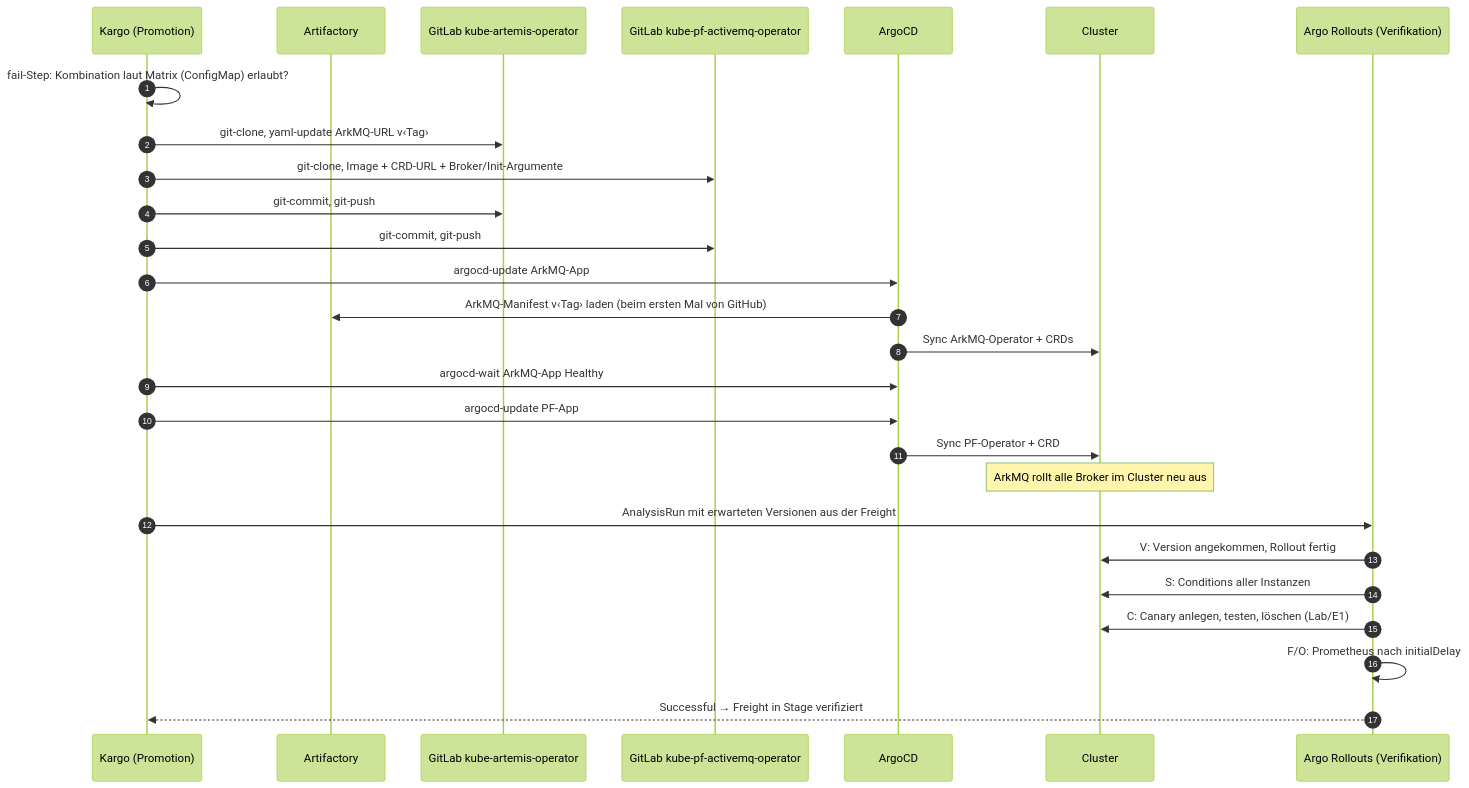
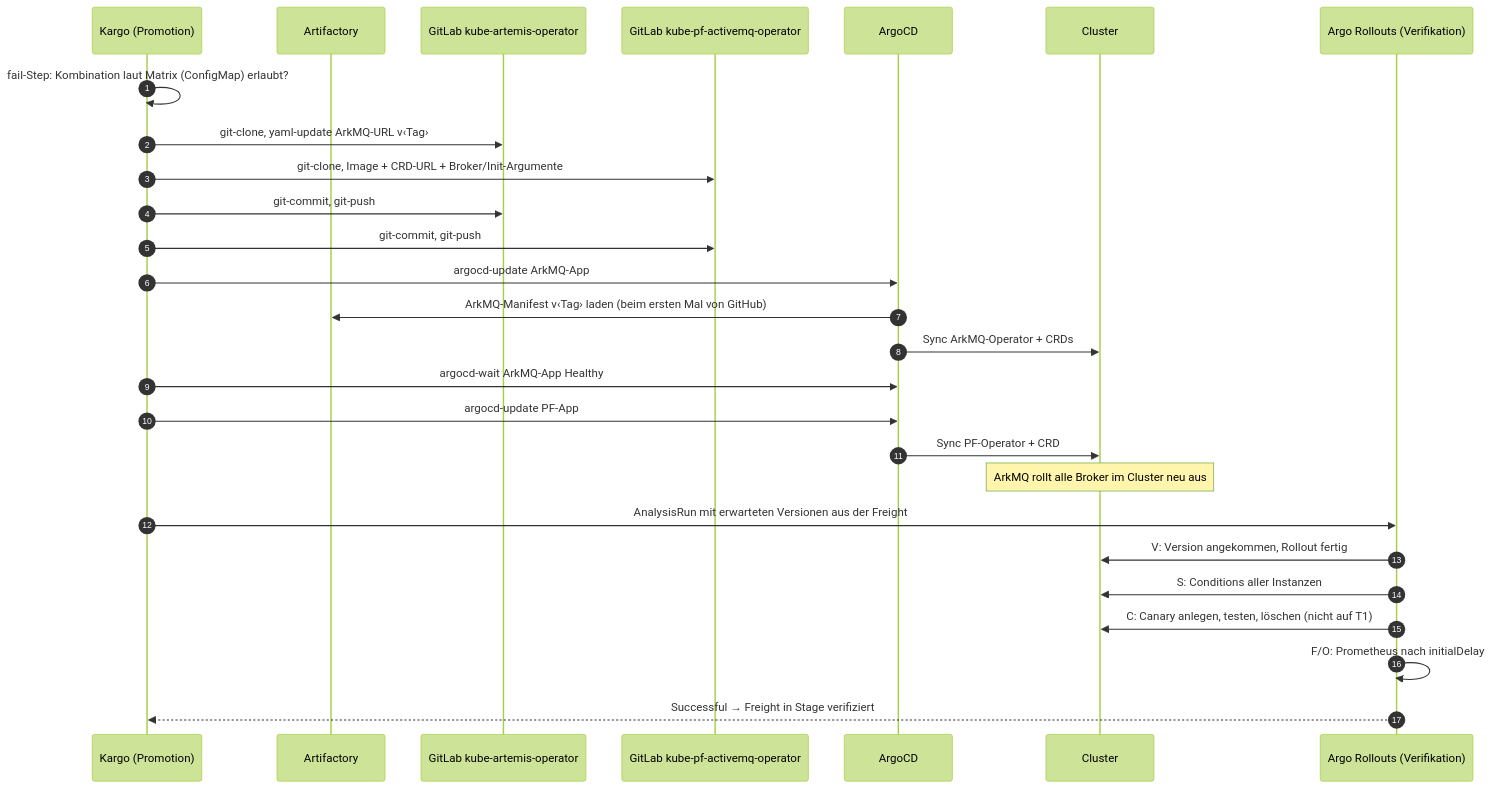
The fifth of 5 diagrams in VERSIONEN.md (eliboost/mqp-ipa), drawn with Mermaid (forest theme) before and after one commit. The commit also changed other lines of this file and 4 other files, not shown here.

````diff
--- a/VERSIONEN.md
+++ b/VERSIONEN.md
@@ -410,30 +416,30 @@
 ```mermaid
 sequenceDiagram
   autonumber
   participant K as Kargo (Promotion)
   participant AF as Artifactory
   participant G1 as GitLab kube-artemis-operator
   participant G2 as GitLab kube-pf-activemq-operator
   participant A as ArgoCD
   participant C as Cluster
   participant R as Argo Rollouts (Verifikation)
 
   K->>K: fail-Step: Kombination laut Matrix (ConfigMap) erlaubt?
   K->>G1: git-clone, yaml-update ArkMQ-URL v‹Tag›
   K->>G2: git-clone, Image + CRD-URL + Broker/Init-Argumente
   K->>G1: git-commit, git-push
   K->>G2: git-commit, git-push
   K->>A: argocd-update ArkMQ-App
   A->>AF: ArkMQ-Manifest v‹Tag› laden (beim ersten Mal von GitHub)
   A->>C: Sync ArkMQ-Operator + CRDs
   K->>A: argocd-wait ArkMQ-App Healthy
   K->>A: argocd-update PF-App
   A->>C: Sync PF-Operator + CRD
   Note over C: ArkMQ rollt alle Broker im Cluster neu aus
   K->>R: AnalysisRun mit erwarteten Versionen aus der Freight
   R->>C: V: Version angekommen, Rollout fertig
   R->>C: S: Conditions aller Instanzen
-  R->>C: C: Canary anlegen, testen, löschen (Lab/E1)
+  R->>C: C: Canary anlegen, testen, löschen (nicht auf T1)
   R->>R: F/O: Prometheus nach initialDelay
   R-->>K: Successful → Freight in Stage verifiziert
 ```
````
